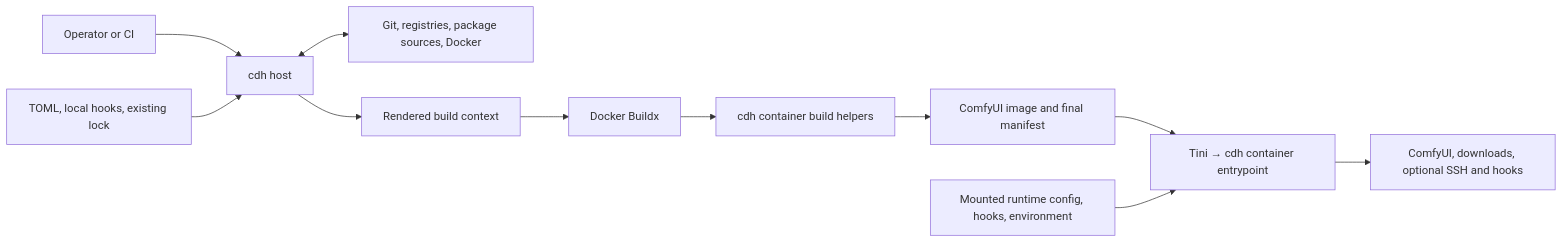
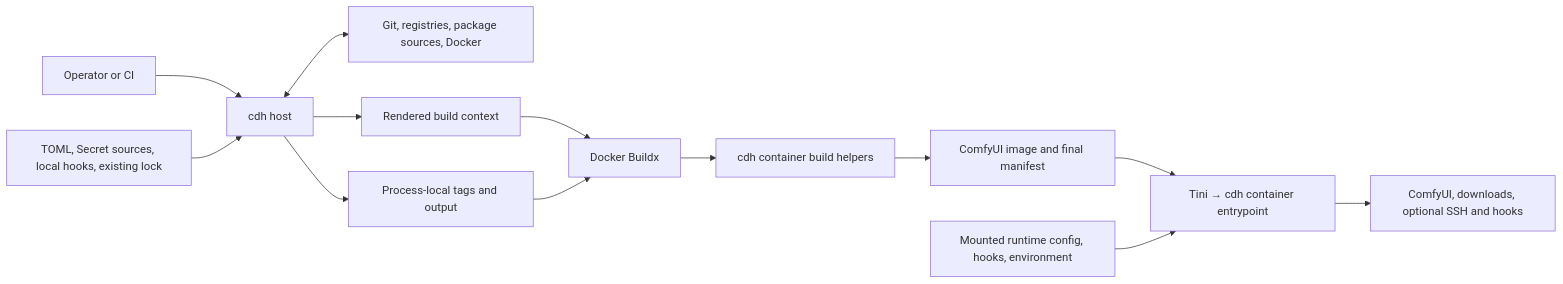
Before and after one commit to jimlee2048/comfyui-docker-helper: the diagram in docs/dev/architecture.md, drawn with Mermaid. The commit also changed other lines of this file and 10 other files, not shown here.

````diff
--- a/docs/dev/architecture.md
+++ b/docs/dev/architecture.md
@@ -9,13 +9,15 @@
 ```mermaid
 flowchart LR
     Operator["Operator or CI"] --> Host["cdh host"]
-    Inputs["TOML, local hooks, existing lock"] --> Host
+    Inputs["TOML, Secret sources, local hooks, existing lock"] --> Host
     Host <--> Providers["Git, registries, package sources, Docker"]
     Host --> Context["Rendered build context"]
+    Host --> Publication["Process-local tags and output"]
     Context --> Buildx["Docker Buildx"]
+    Publication --> Buildx
     Buildx --> Helpers["cdh container build helpers"]
     Helpers --> Image["ComfyUI image and final manifest"]
     Image --> Runtime["Tini → cdh container entrypoint"]
     Deployment["Mounted runtime config, hooks, environment"] --> Runtime
     Runtime --> Services["ComfyUI, downloads, optional SSH and hooks"]
 ```
````
